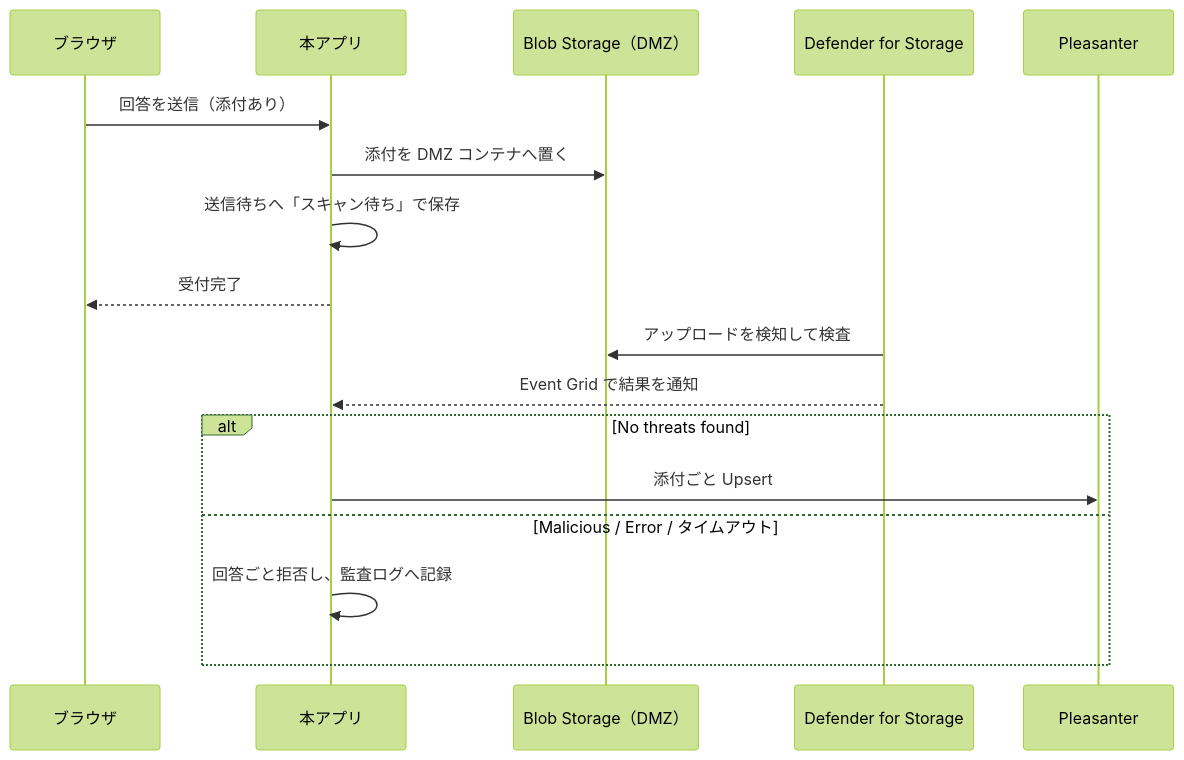
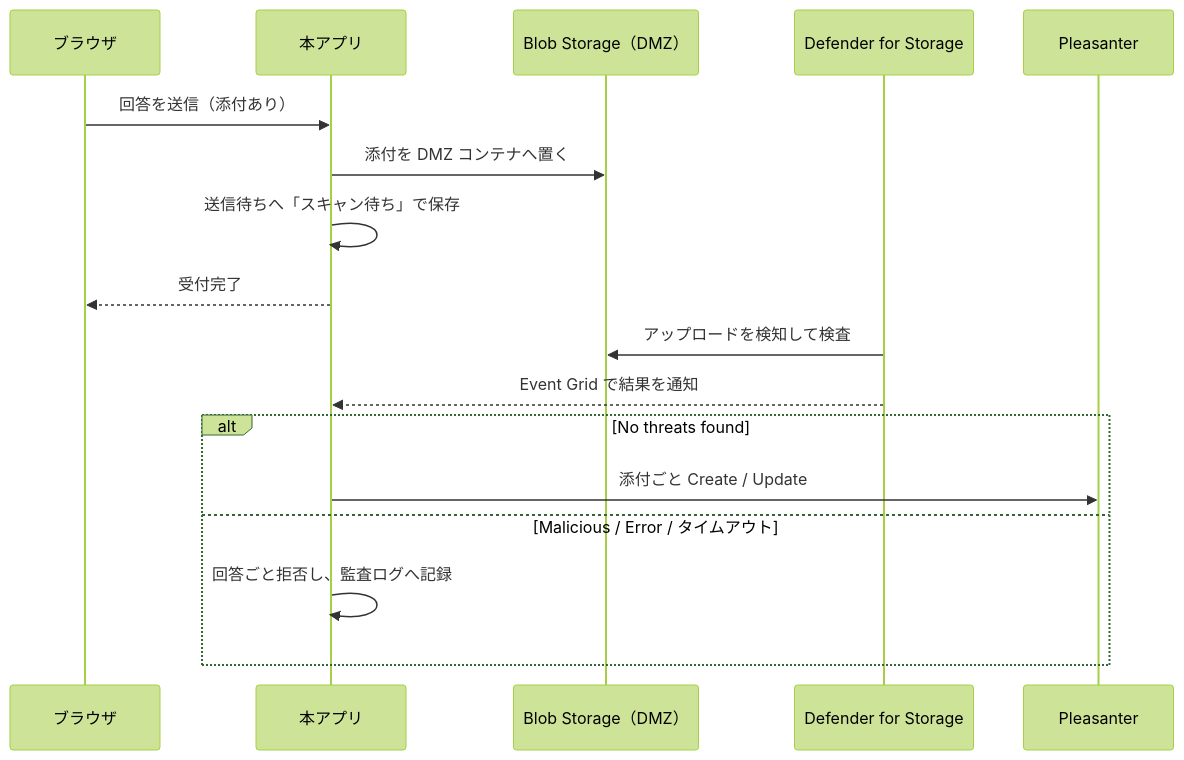
One commit to vehiclevisionjp/VehicleVision.PleasanterTools.Questionnaire changed the second of 2 diagrams in _documents/添付ファイル検査-運用手順書.md. Above: the diagram before and after it, drawn with Mermaid (forest theme). The commit also changed other lines of this file and 24 other files, not shown here.

````diff
--- a/_documents/添付ファイル検査-運用手順書.md
+++ b/_documents/添付ファイル検査-運用手順書.md
@@ -126,20 +126,20 @@
 ```mermaid
 sequenceDiagram
     participant B as ブラウザ
     participant A as 本アプリ
     participant S as Blob Storage（DMZ）
     participant D as Defender for Storage
     participant P as Pleasanter
 
     B->>A: 回答を送信（添付あり）
     A->>S: 添付を DMZ コンテナへ置く
     A->>A: 送信待ちへ「スキャン待ち」で保存
     A-->>B: 受付完了
     D->>S: アップロードを検知して検査
     D-->>A: Event Grid で結果を通知
     alt No threats found
-        A->>P: 添付ごと Upsert
+        A->>P: 添付ごと Create / Update
     else Malicious / Error / タイムアウト
         A->>A: 回答ごと拒否し、監査ログへ記録
     end
 ```
````
